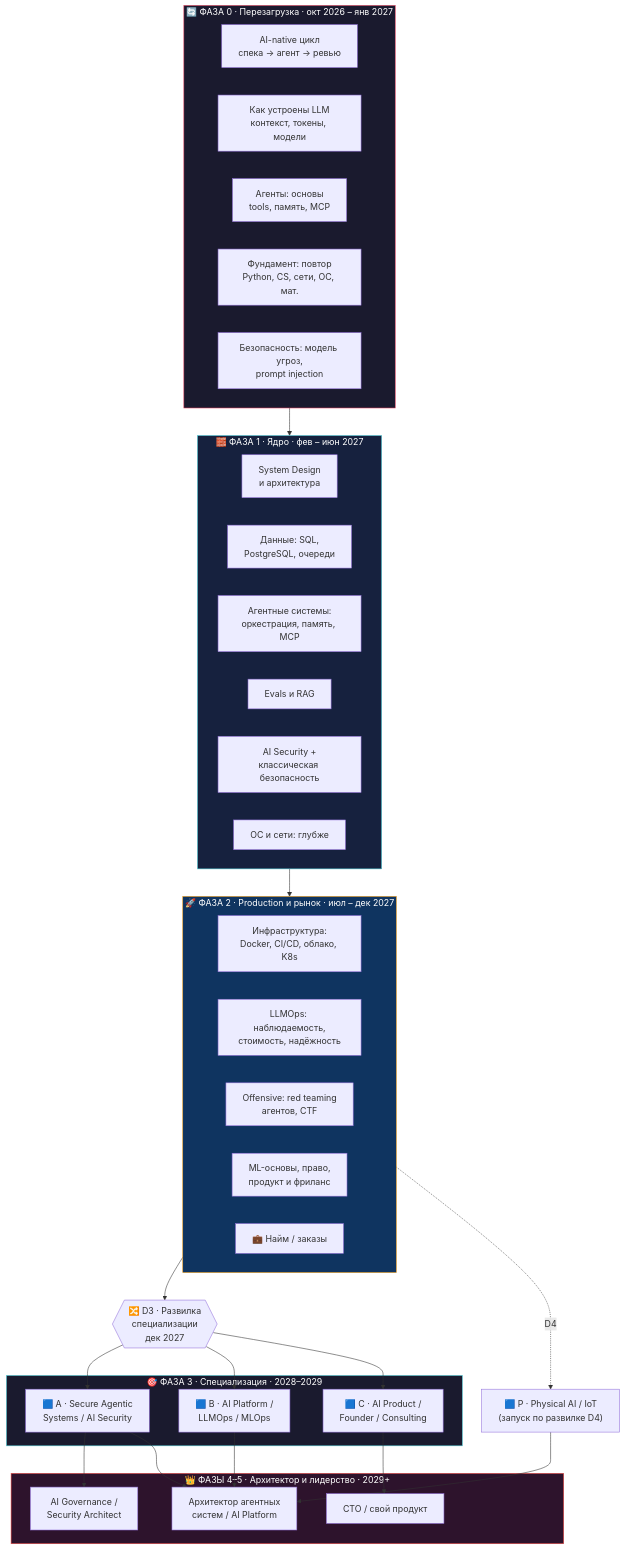
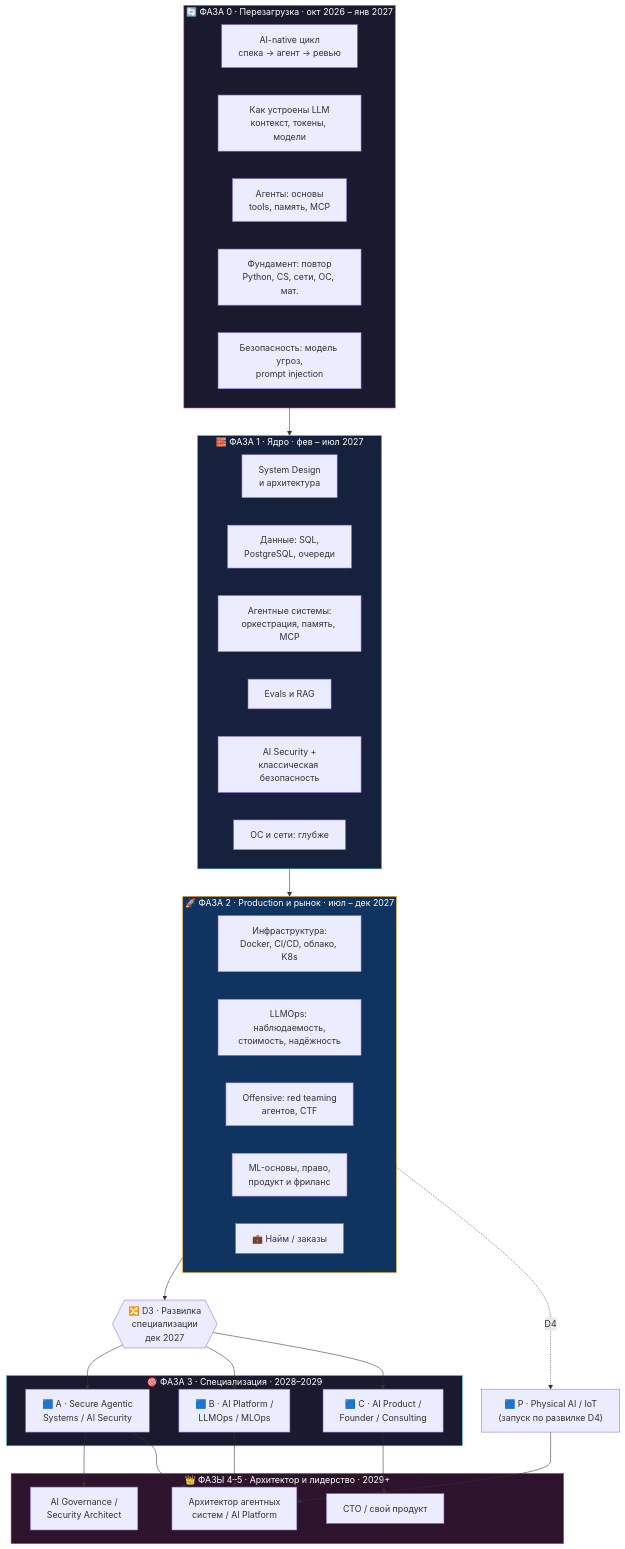
One commit to COMPACTBLUEFAN/turoring changed the first of 3 diagrams in ROADMAP.md. Above: the diagram before and after it, drawn with Mermaid. The commit also changed other lines of this file and 47 other files, not shown here.

````diff
--- a/ROADMAP.md
+++ b/ROADMAP.md
@@ -190,60 +190,60 @@
 ```mermaid
 graph TD
     subgraph P0["🔄 ФАЗА 0 · Перезагрузка · окт 2026 – янв 2027"]
         P0A["AI-native цикл<br/>спека → агент → ревью"]
         P0B["Как устроены LLM<br/>контекст, токены, модели"]
         P0C["Агенты: основы<br/>tools, память, MCP"]
         P0D["Фундамент: повтор<br/>Python, CS, сети, ОС, мат."]
         P0E["Безопасность: модель угроз,<br/>prompt injection"]
     end
 
-    subgraph P1["🧱 ФАЗА 1 · Ядро · фев – июн 2027"]
+    subgraph P1["🧱 ФАЗА 1 · Ядро · фев – июл 2027"]
         P1A["System Design<br/>и архитектура"]
         P1B["Данные: SQL,<br/>PostgreSQL, очереди"]
         P1C["Агентные системы:<br/>оркестрация, память, MCP"]
         P1D["Evals и RAG"]
         P1E["AI Security +<br/>классическая безопасность"]
         P1F["ОС и сети: глубже"]
     end
 
     subgraph P2["🚀 ФАЗА 2 · Production и рынок · июл – дек 2027"]
         P2A["Инфраструктура:<br/>Docker, CI/CD, облако, K8s"]
         P2B["LLMOps: наблюдаемость,<br/>стоимость, надёжность"]
         P2C["Offensive: red teaming<br/>агентов, CTF"]
         P2D["ML-основы, право,<br/>продукт и фриланс"]
         P2E["💼 Найм / заказы"]
     end
 
     D3{{"🔀 D3 · Развилка<br/>специализации<br/>дек 2027"}}
 
     subgraph P3["🎯 ФАЗА 3 · Специализация · 2028–2029"]
         BA["🟦 A · Secure Agentic<br/>Systems / AI Security"]
         BB["🟦 B · AI Platform /<br/>LLMOps / MLOps"]
         BC["🟦 C · AI Product /<br/>Founder / Consulting"]
     end
 
     BD["🟦 P · Physical AI / IoT<br/>(запуск по развилке D4)"]
 
     subgraph P45["👑 ФАЗЫ 4–5 · Архитектор и лидерство · 2029+"]
         ARCH["Архитектор агентных<br/>систем / AI Platform"]
         CTO["CTO / свой продукт"]
         GOVR["AI Governance /<br/>Security Architect"]
     end
 
     P0 --> P1 --> P2 --> D3
     D3 --> BA
     D3 --> BB
     D3 --> BC
     P2 -.->|D4| BD
     BA --> GOVR
     BA --> ARCH
     BB --> ARCH
     BC --> CTO
     BD --> ARCH
 
     style P0 fill:#1a1a2e,stroke:#e94560,color:#fff
     style P1 fill:#16213e,stroke:#53d2dc,color:#fff
     style P2 fill:#0f3460,stroke:#f39c12,color:#fff
     style P3 fill:#1a1a2e,stroke:#53d2dc,color:#fff
     style P45 fill:#2d132c,stroke:#ee4540,color:#fff
 ```
````
